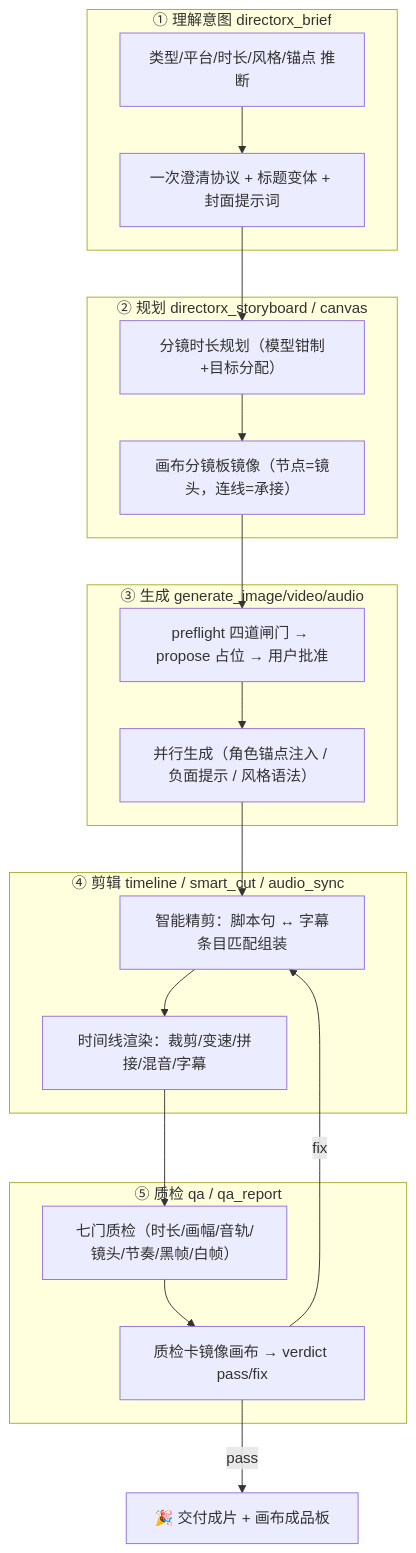
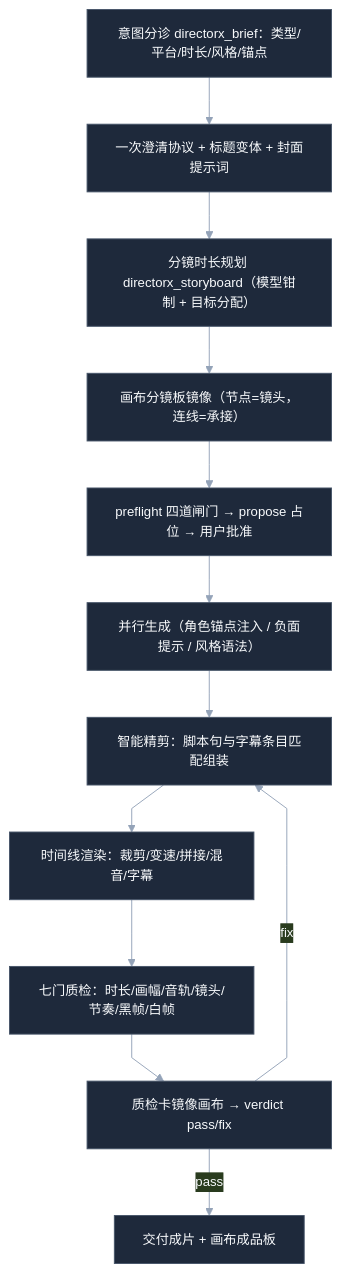
The first of 2 diagrams in README.md (LaplaceYoung/dsh-directorx), drawn with Mermaid before and after one commit. The commit also changed other lines of this file, not shown here.

First line of the commit message:
docs(readme): emoji-free rewrite with GitHub-renderable mermaid diagrams

````diff
--- a/README.md
+++ b/README.md
@@ -88,24 +86,15 @@
 ```mermaid
+%%{init: {'theme':'base', 'themeVariables': {'primaryColor':'#1e293b','primaryTextColor':'#f8fafc','primaryBorderColor':'#475569','lineColor':'#94a3b8','fontFamily':'system-ui, sans-serif','fontSize':'14px'}, 'flowchart': {'curve':'linear'}}}%%
 flowchart TB
-  subgraph 意图["① 理解意图 directorx_brief"]
-    B1["类型/平台/时长/风格/锚点 推断"] --> B2["一次澄清协议 + 标题变体 + 封面提示词"]
-  end
-  subgraph 规划["② 规划 directorx_storyboard / canvas"]
-    B2 --> P1["分镜时长规划（模型钳制+目标分配）"]
-    P1 --> P2["画布分镜板镜像（节点=镜头，连线=承接）"]
-  end
-  subgraph 生成["③ 生成 generate_image/video/audio"]
-    P2 --> G1["preflight 四道闸门 → propose 占位 → 用户批准"]
-    G1 --> G2["并行生成（角色锚点注入 / 负面提示 / 风格语法）"]
-  end
-  subgraph 剪辑["④ 剪辑 timeline / smart_cut / audio_sync"]
-    G2 --> E1["智能精剪：脚本句 ↔ 字幕条目匹配组装"]
-    E1 --> E2["时间线渲染：裁剪/变速/拼接/混音/字幕"]
-  end
-  subgraph 质检["⑤ 质检 qa / qa_report"]
-    E2 --> Q1["七门质检（时长/画幅/音轨/镜头/节奏/黑帧/白帧）"]
-    Q1 --> Q2["质检卡镜像画布 → verdict pass/fix"]
-  end
+  B1["意图分诊 directorx_brief：类型/平台/时长/风格/锚点"] --> B2["一次澄清协议 + 标题变体 + 封面提示词"]
+  B2 --> P1["分镜时长规划 directorx_storyboard（模型钳制 + 目标分配）"]
+  P1 --> P2["画布分镜板镜像（节点=镜头，连线=承接）"]
+  P2 --> G1["preflight 四道闸门 → propose 占位 → 用户批准"]
+  G1 --> G2["并行生成（角色锚点注入 / 负面提示 / 风格语法）"]
+  G2 --> E1["智能精剪：脚本句与字幕条目匹配组装"]
+  E1 --> E2["时间线渲染：裁剪/变速/拼接/混音/字幕"]
+  E2 --> Q1["七门质检：时长/画幅/音轨/镜头/节奏/黑帧/白帧"]
+  Q1 --> Q2["质检卡镜像画布 → verdict pass/fix"]
   Q2 -->|fix| E1
-  Q2 -->|pass| DONE["🎉 交付成片 + 画布成品板"]
+  Q2 -->|pass| DONE["交付成片 + 画布成品板"]
 ```
````
